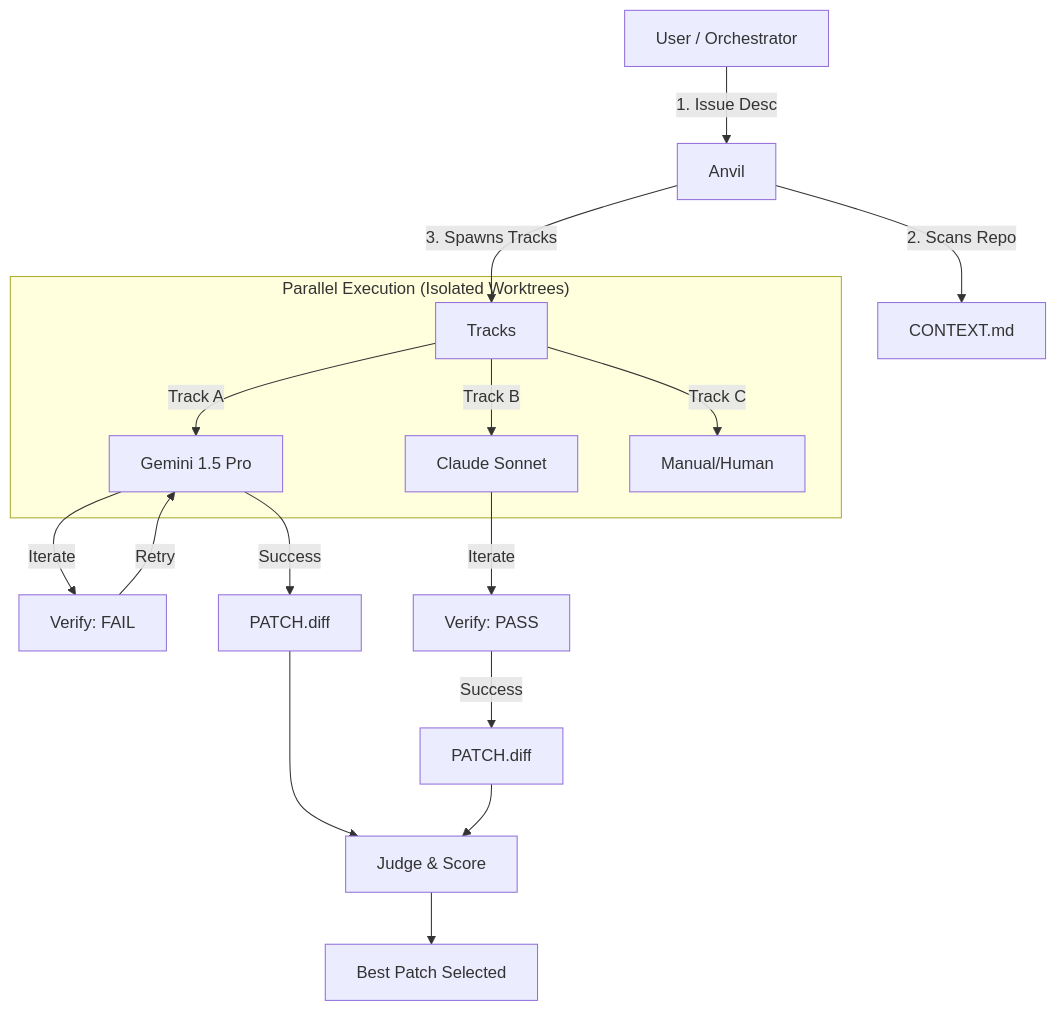
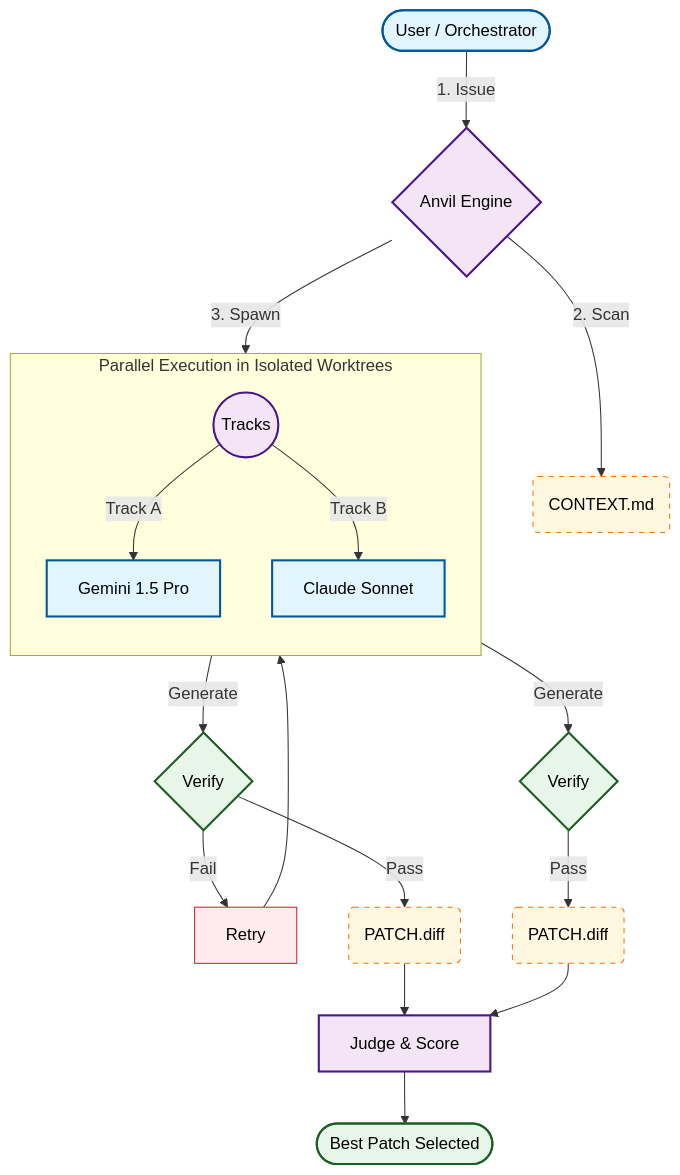
Before and after one commit to grahama1970/anvil: the diagram in README.md, drawn with Mermaid.

Commit message:
docs: refine mermaid workflow diagram

````diff
--- a/README.md
+++ b/README.md
@@ -50,22 +50,42 @@
 ```mermaid
-graph TD
-    User[User / Orchestrator] -->|1. Issue Desc| Anvil
-    Anvil -->|2. Scans Repo| Context[CONTEXT.md]
-    Anvil -->|3. Spawns Tracks| Tracks
+flowchart TD
+    %% Nodes
+    User([User / Orchestrator])
+    Anvil{Anvil Engine}
+    Context(CONTEXT.md)
+    Judge[Judge & Score]
+    Winner([Best Patch Selected])
+    Dispatcher((Tracks))
 
-    subgraph "Parallel Execution (Isolated Worktrees)"
-        Tracks -->|Track A| Agent1[Gemini 1.5 Pro]
-        Tracks -->|Track B| Agent2[Claude Sonnet]
-        Tracks -->|Track C| Agent3[Manual/Human]
+    %% Styles
+    classDef actor fill:#e1f5fe,stroke:#01579b,stroke-width:2px,color:#000
+    classDef process fill:#f3e5f5,stroke:#4a148c,stroke-width:2px,color:#000
+    classDef file fill:#fff8e1,stroke:#ff6f00,stroke-width:1px,stroke-dasharray: 5 5,color:#000
+    classDef decision fill:#e8f5e9,stroke:#1b5e20,stroke-width:2px,color:#000
+    classDef fail fill:#ffebee,stroke:#c62828,stroke-width:1px,color:#000
+
+    %% Main Flow
+    User:::actor -->|1. Issue| Anvil:::process
+    Anvil -->|2. Scan| Context:::file
+    Anvil -->|3. Spawn| Dispatcher:::process
+
+    subgraph Worktrees [Parallel Execution in Isolated Worktrees]
+        direction TB
+        Dispatcher -->|Track A| Gemini[Gemini 1.5 Pro]:::actor
+        Dispatcher -->|Track B| Claude[Claude Sonnet]:::actor
     end
 
-    Agent1 -->|Iterate| Verify1[Verify: FAIL]
-    Verify1 -->|Retry| Agent1
-    Agent1 -->|Success| Patch1[PATCH.diff]
+    %% Track A Cycle
+    Gemini -->|Generate| VerifyG{Verify}:::decision
+    VerifyG -->|Fail| RetryG[Retry]:::fail
+    RetryG --> Gemini
+    VerifyG -->|Pass| PatchG(PATCH.diff):::file
 
-    Agent2 -->|Iterate| Verify2[Verify: PASS]
-    Verify2 -->|Success| Patch2[PATCH.diff]
+    %% Track B Cycle
+    Claude -->|Generate| VerifyC{Verify}:::decision
+    VerifyC -->|Pass| PatchC(PATCH.diff):::file
 
-    Patch1 & Patch2 --> Judge[Judge & Score]
-    Judge --> Winner[Best Patch Selected]
+    %% Merging
+    PatchG & PatchC --> Judge:::process
+    Judge --> Winner:::decision
 ```
````
